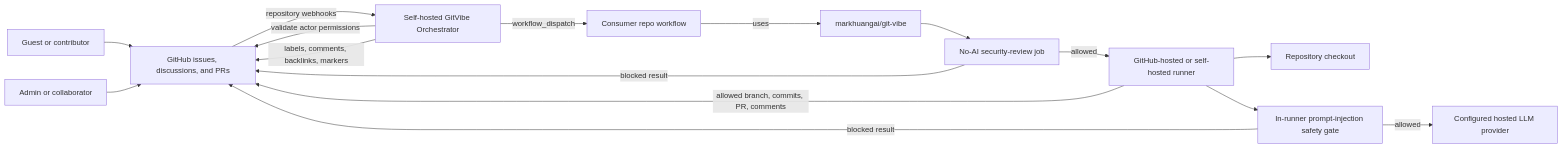
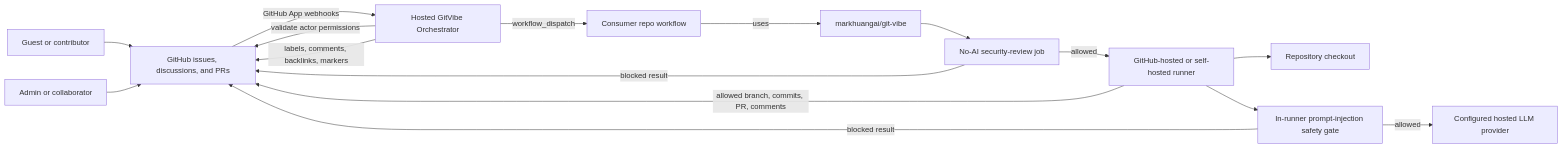
Before and after one commit to markhuangai/git-vibe: the first of 3 diagrams in docs/ARCHITECTURE.md, drawn with Mermaid. The commit also changed other lines of this file and 68 other files, not shown here.

Commit message:
Add hosted GitHub App authentication

````diff
--- a/docs/ARCHITECTURE.md
+++ b/docs/ARCHITECTURE.md
@@ -35,22 +35,22 @@
 ```mermaid
 flowchart LR
   U[Guest or contributor] --> GH[GitHub issues, discussions, and PRs]
   M[Admin or collaborator] --> GH
 
-  GH -->|repository webhooks| APP[Self-hosted GitVibe Orchestrator]
+  GH -->|GitHub App webhooks| APP[Hosted GitVibe Orchestrator]
   APP -->|validate actor permissions| GH
   APP -->|labels, comments, backlinks, markers| GH
   APP -->|workflow_dispatch| WF[Consumer repo workflow]
 
   WF -->|uses| GV[markhuangai/git-vibe]
   GV --> SR[No-AI security-review job]
   SR -->|blocked result| GH
   SR -->|allowed| RUNNER[GitHub-hosted or self-hosted runner]
 
   RUNNER --> CODE[Repository checkout]
   RUNNER --> SAFE[In-runner prompt-injection safety gate]
   SAFE -->|allowed| LLM[Configured hosted LLM provider]
   SAFE -->|blocked result| GH
   RUNNER -->|allowed branch, commits, PR, comments| GH
 
 ```
````
